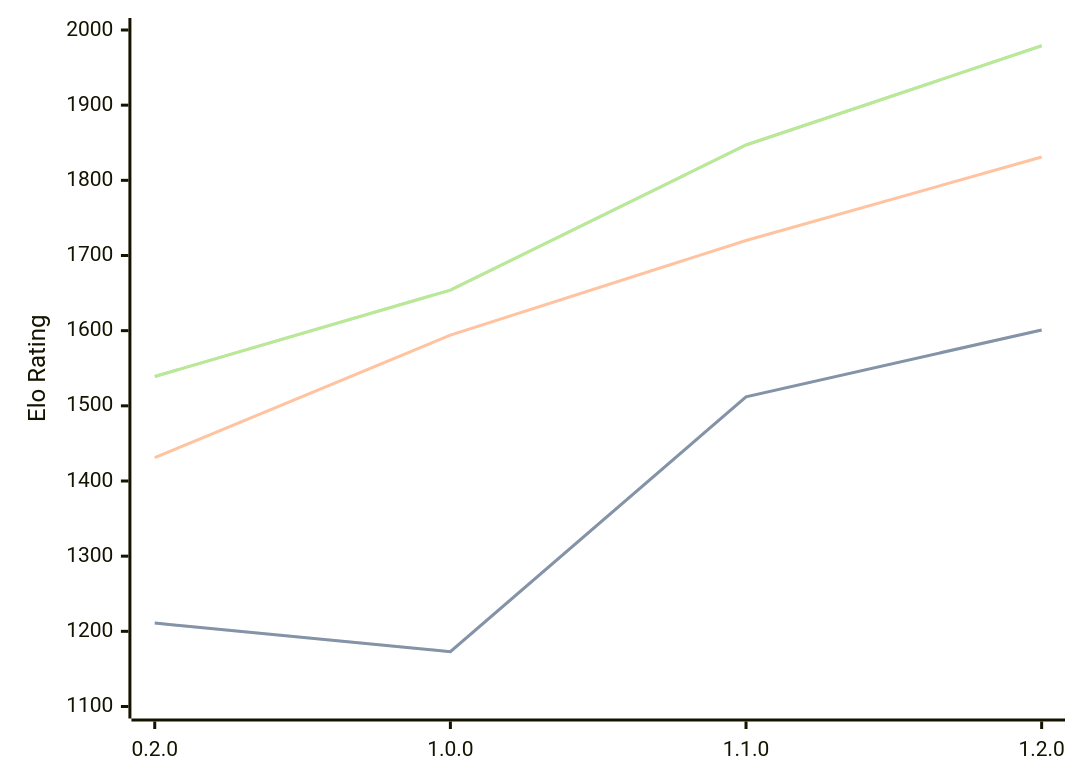
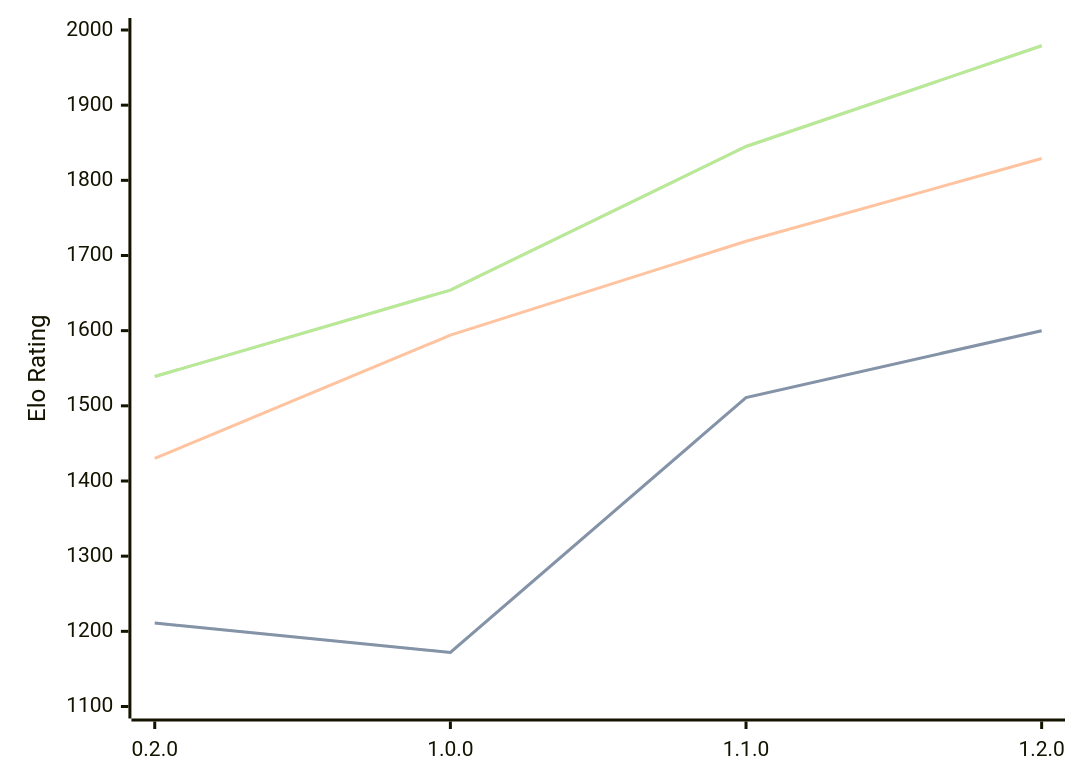
Before and after one commit to computer-chess-index/cci: the diagram in engines/Zeppelin.md, drawn with Mermaid. The commit also changed other lines of this file, not shown here.

Commit message:
Update CCI Ratings (ELO VLTC) - 2026-03-04

````diff
--- a/engines/Zeppelin.md
+++ b/engines/Zeppelin.md
@@ -34,11 +34,11 @@
 ```mermaid
 %%{init: {"theme":"base","themeVariables":{"seriesColors:['#a3a3a3','#222221','#faa371']}}}%%
 xychart-beta
   x-axis ["0.2.0", "1.0.0", "1.1.0", "1.2.0"]
   y-axis "Elo Rating" 1100 --> 2000
-  line "STC (8.0+0.08s)" [1211, 1173, 1512, 1601]
-  line "STC (8.0+0.08s)" [1211, 1173, 1512, 1601]
-  line "LTC (60.0+0.60s)" [1431, 1594, 1720, 1831]
-  line "VLTC (2m24s+1.12s)" [1539, 1654, 1847, 1979]
-  line "VLTC (2m24s+1.12s)" [1539, 1654, 1847, 1979]
+  line "STC (8.0+0.08s)" [1211, 1172, 1511, 1600]
+  line "STC (8.0+0.08s)" [1211, 1172, 1511, 1600]
+  line "LTC (60.0+0.60s)" [1430, 1594, 1719, 1829]
+  line "VLTC (2m24s+1.12s)" [1539, 1654, 1845, 1979]
+  line "VLTC (2m24s+1.12s)" [1539, 1654, 1845, 1979]
 ```
````
